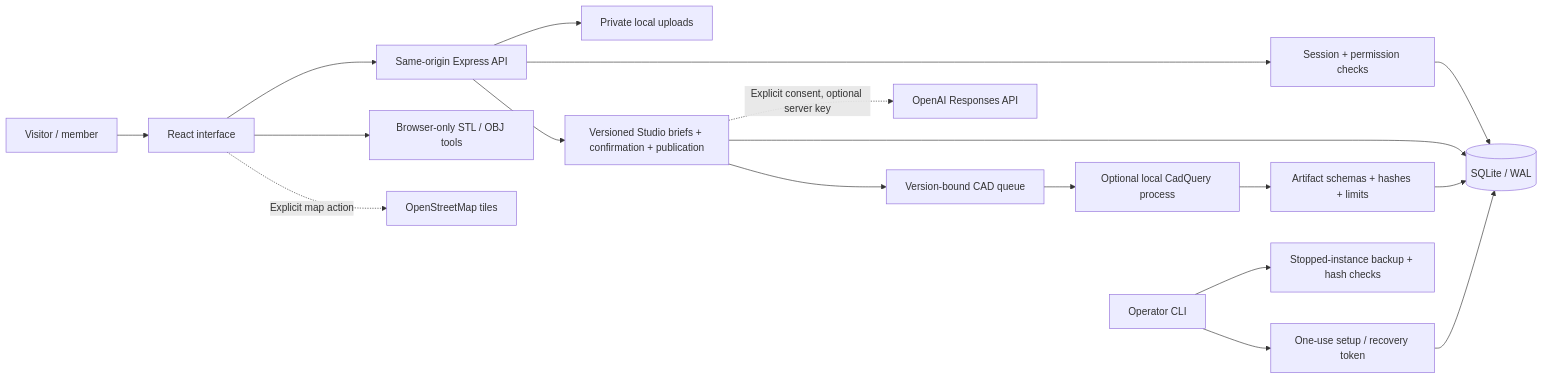
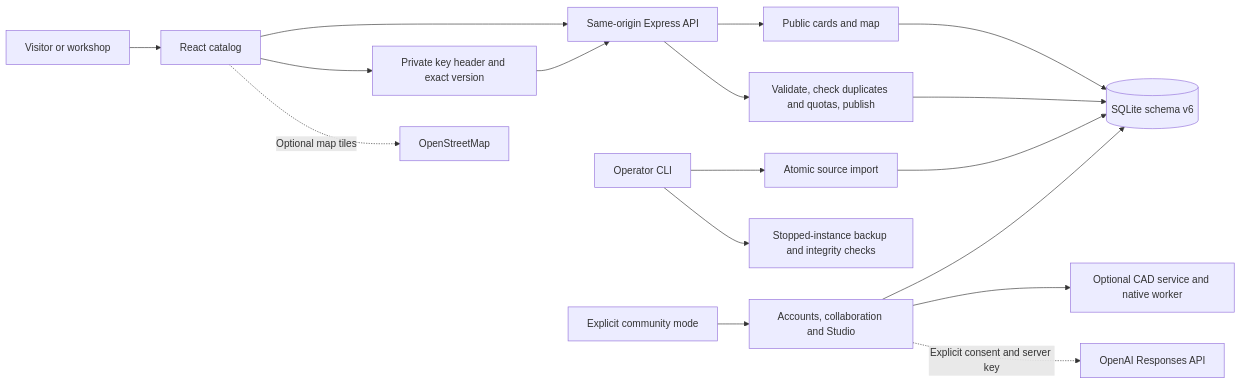
One commit to ultim8digital/openprint changed the diagram in docs/ARCHITECTURE.md. Above: the diagram before and after it, drawn with Mermaid. The commit also changed other lines of this file and 9 other files, not shown here.

Commit message:
Verify anonymous catalogue lifecycle and harden lost-response recovery

````diff
--- a/docs/ARCHITECTURE.md
+++ b/docs/ARCHITECTURE.md
@@ -7,20 +9,19 @@
 ```mermaid
 flowchart LR
-    Member[Visitor / member] --> UI[React interface]
+    Visitor[Visitor or workshop] --> UI[React catalog]
     UI --> API[Same-origin Express API]
-    API --> Auth[Session + permission checks]
-    Auth --> DB[(SQLite / WAL)]
-    API --> Files[Private local uploads]
-    API --> Studio[Versioned Studio briefs + confirmation + publication]
-    Studio --> DB
-    Studio --> Queue[Version-bound CAD queue]
-    Queue --> CAD[Optional local CadQuery process]
-    CAD --> Verify[Artifact schemas + hashes + limits]
-    Verify --> DB
-    Studio -. Explicit consent, optional server key .-> AI[OpenAI Responses API]
-    UI --> Tools[Browser-only STL / OBJ tools]
-    UI -. Explicit map action .-> OSM[OpenStreetMap tiles]
-    Operator[Operator CLI] --> Admin[One-use setup / recovery token]
-    Admin --> DB
-    Operator --> Backup[Stopped-instance backup + hash checks]
+    API --> Read[Public cards and map]
+    API --> Publish[Validate, check duplicates and quotas, publish]
+    UI --> Manage[Private key header and exact version]
+    Manage --> API
+    Read --> DB[(SQLite schema v6)]
+    Publish --> DB
+    Operator[Operator CLI] --> Import[Atomic source import]
+    Import --> DB
+    UI -. Optional map tiles .-> OSM[OpenStreetMap]
+    Mode[Explicit community mode] --> Community[Accounts, collaboration and Studio]
+    Community --> DB
+    Community --> Queue[Optional CAD service and native worker]
+    Community -. Explicit consent and server key .-> AI[OpenAI Responses API]
+    Operator --> Backup[Stopped-instance backup and integrity checks]
 ```
````
